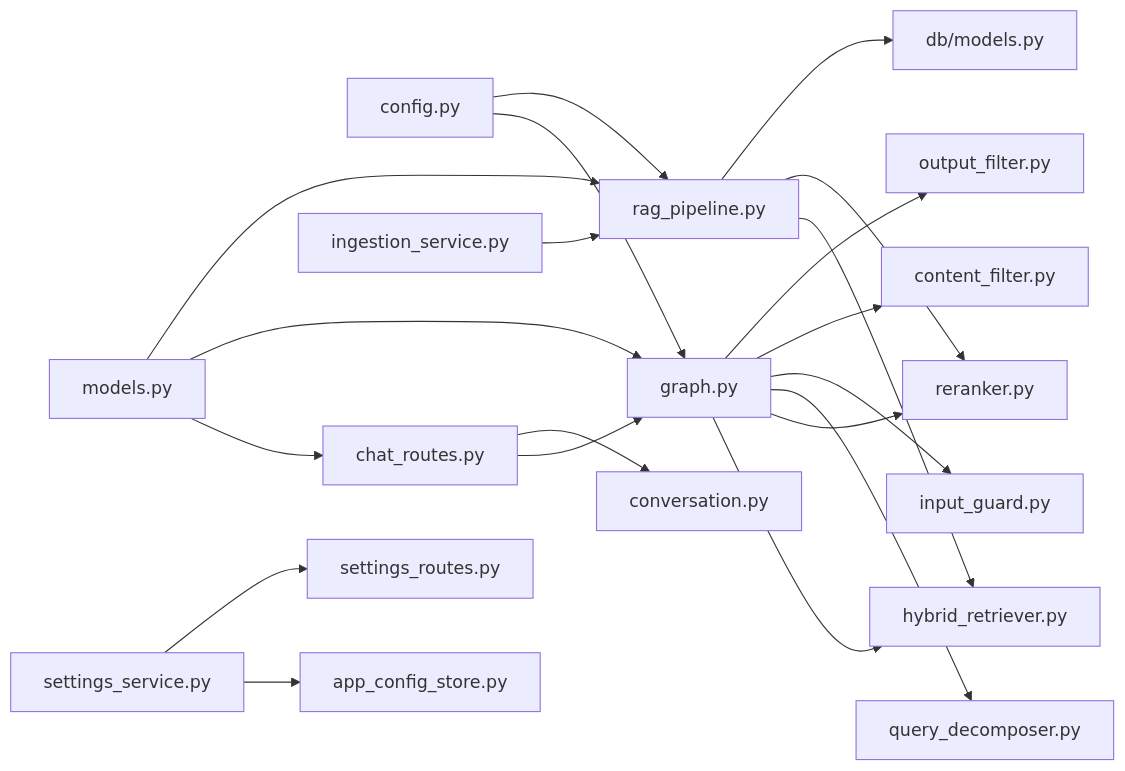
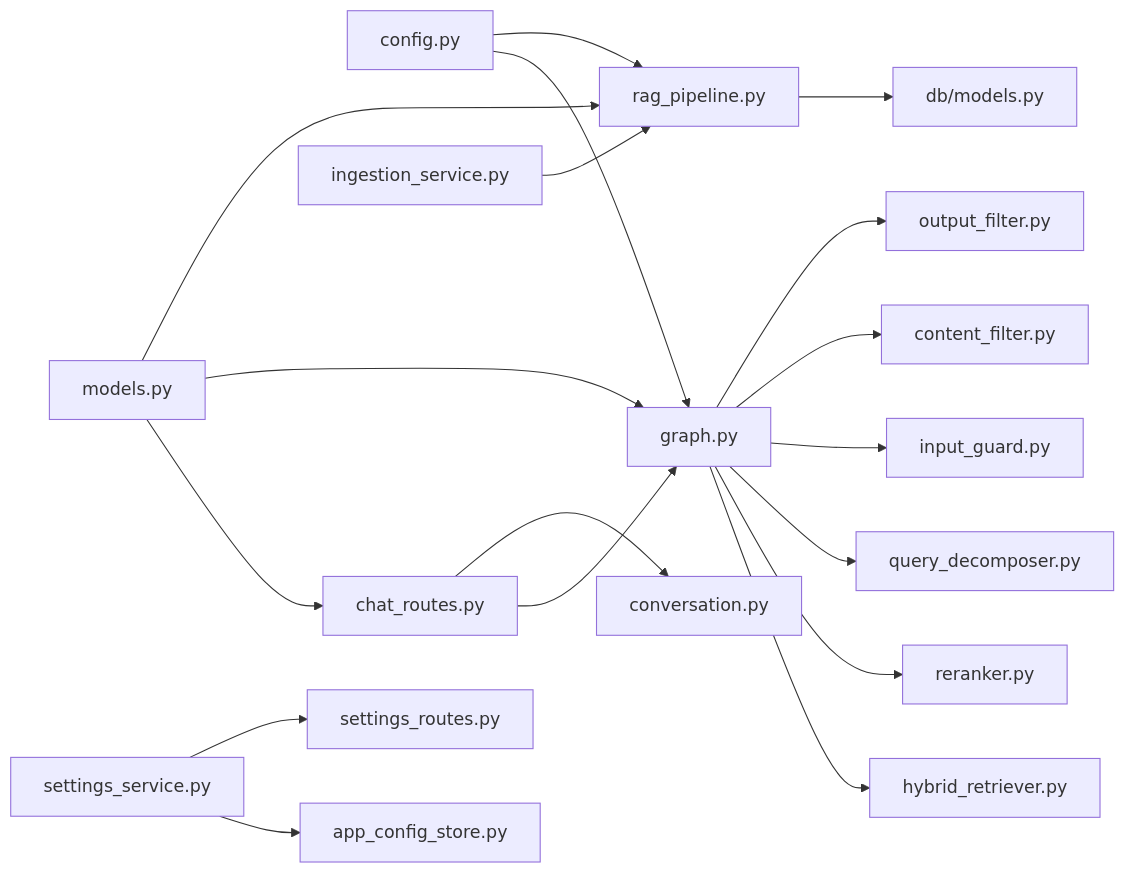
The tenth of 12 diagrams in .qoder/repowiki/en/content/Backend Development/Service Layer/RAG Pipeline Service.md (genes8/private-ai), drawn with Mermaid before and after one commit. The commit also changed other lines of this file and 101 other files, not shown here.

````diff
--- a/.qoder/repowiki/en/content/Backend Development/Service Layer/RAG Pipeline Service.md
+++ b/.qoder/repowiki/en/content/Backend Development/Service Layer/RAG Pipeline Service.md
@@ -443,22 +441,20 @@
 ```mermaid
 graph LR
 CFG["config.py"] --> GR["graph.py"]
 CFG --> RP["rag_pipeline.py"]
 GR --> RET["hybrid_retriever.py"]
 GR --> RER["reranker.py"]
 GR --> DEC["query_decomposer.py"]
 GR --> SEC1["input_guard.py"]
 GR --> SEC2["content_filter.py"]
 GR --> SEC3["output_filter.py"]
-RP --> RET
-RP --> RER
 RP --> DBM["db/models.py"]
 API["chat_routes.py"] --> GR
 API --> CONV["conversation.py"]
 INSG["ingestion_service.py"] --> RP
 SETTINGS["settings_service.py"] --> APPCFG["app_config_store.py"]
 SETTINGS --> SETTINGSRT["settings_routes.py"]
 MODELS["models.py"] --> API
 MODELS --> GR
 MODELS --> RP
 ```
````
